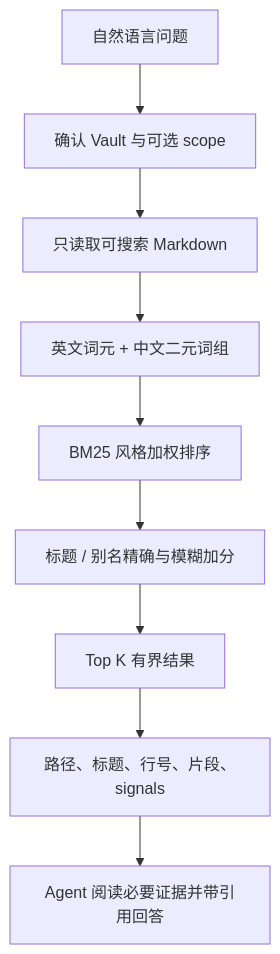
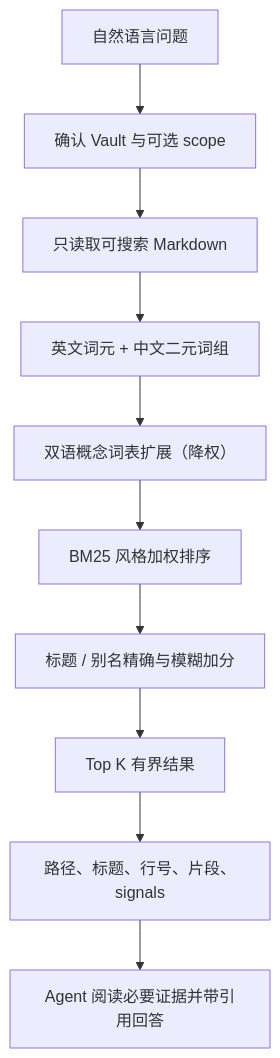
The diagram in docs/retrieval.md (Spc-jgs/obsidian-kb-skill), drawn with Mermaid before and after one commit. The commit also changed other lines of this file and 28 other files, not shown here.

````diff
--- a/docs/retrieval.md
+++ b/docs/retrieval.md
@@ -7,11 +7,12 @@
 ```mermaid
 flowchart TD
     Q["自然语言问题"] --> V["确认 Vault 与可选 scope"]
     V --> F["只读取可搜索 Markdown"]
     F --> T["英文词元 + 中文二元词组"]
-    T --> R["BM25 风格加权排序"]
+    T --> X["双语概念词表扩展（降权）"]
+    X --> R["BM25 风格加权排序"]
     R --> B["标题 / 别名精确与模糊加分"]
     B --> K["Top K 有界结果"]
     K --> E["路径、标题、行号、片段、signals"]
     E --> A["Agent 阅读必要证据并带引用回答"]
 ```
````
